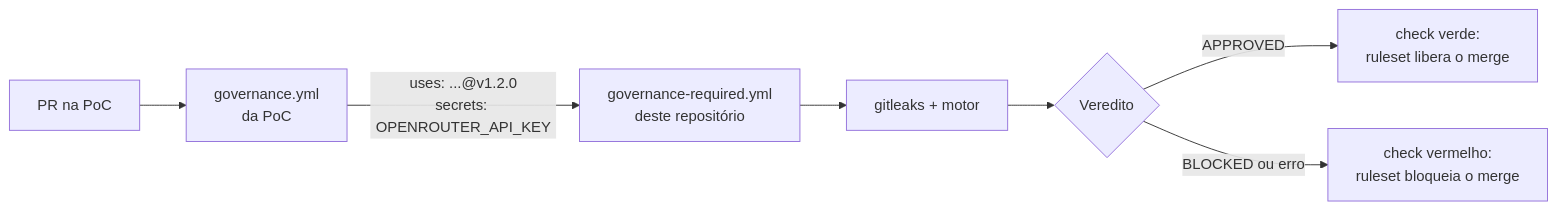
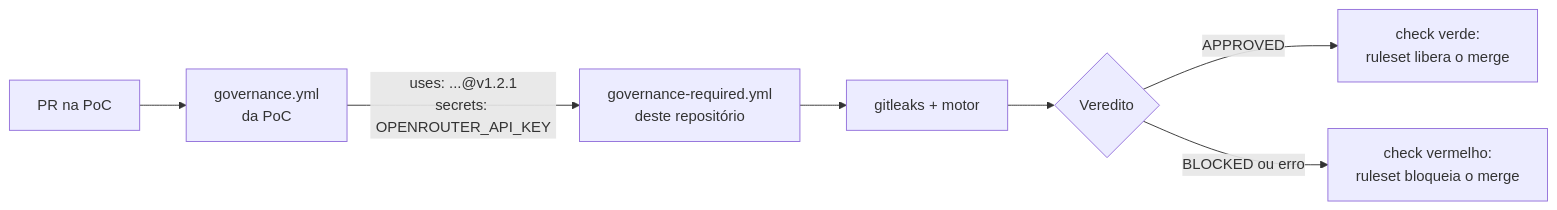
Before and after one commit to robertosrjr/governance-policies: the diagram in README.md, drawn with Mermaid. The commit also changed other lines of this file and 6 other files, not shown here.

````diff
--- a/README.md
+++ b/README.md
@@ -90,9 +90,9 @@
 ```mermaid
 flowchart LR
     A[PR na PoC] --> B[governance.yml<br/>da PoC]
-    B -- "uses: ...@v1.2.0<br/>secrets: OPENROUTER_API_KEY" --> C[governance-required.yml<br/>deste repositório]
+    B -- "uses: ...@v1.2.1<br/>secrets: OPENROUTER_API_KEY" --> C[governance-required.yml<br/>deste repositório]
     C --> D[gitleaks + motor]
     D --> E{Veredito}
     E -- APPROVED --> F[check verde:<br/>ruleset libera o merge]
     E -- BLOCKED ou erro --> G[check vermelho:<br/>ruleset bloqueia o merge]
 ```
````
